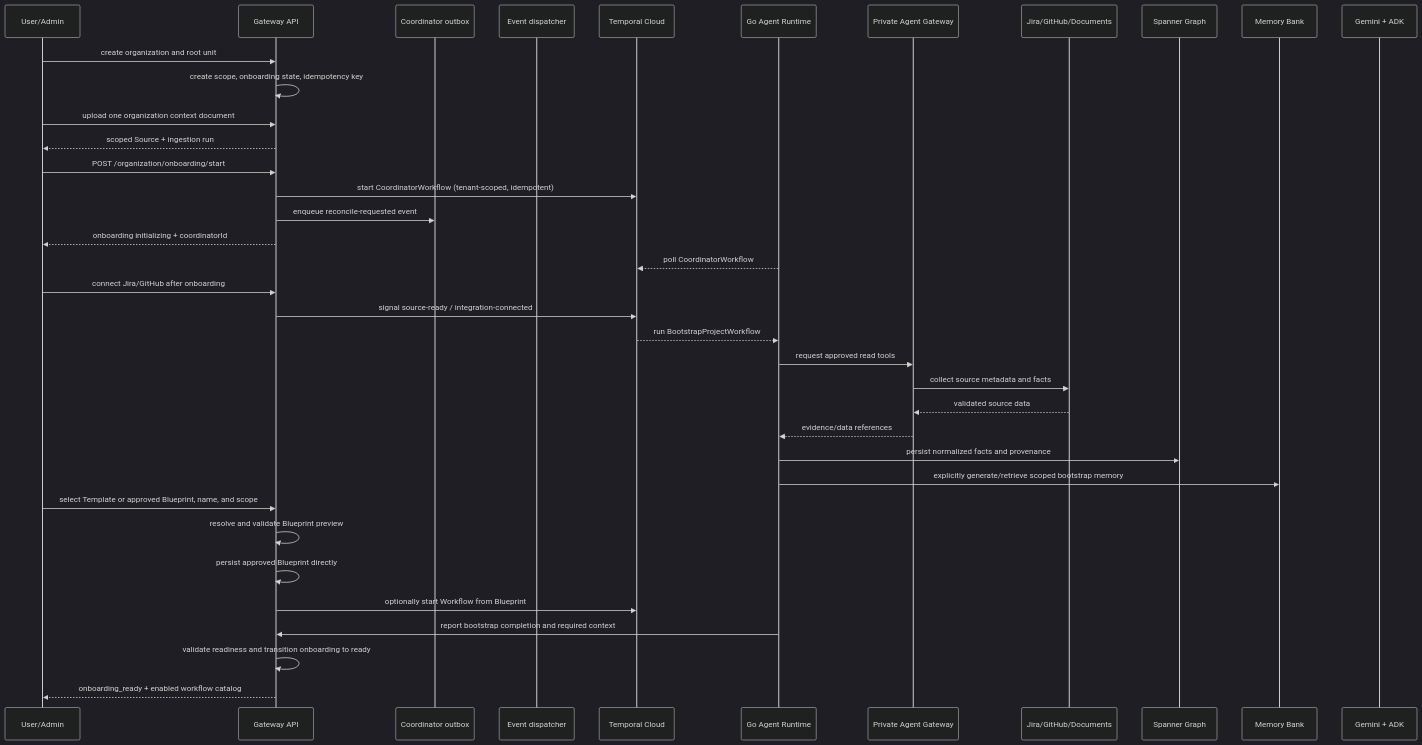
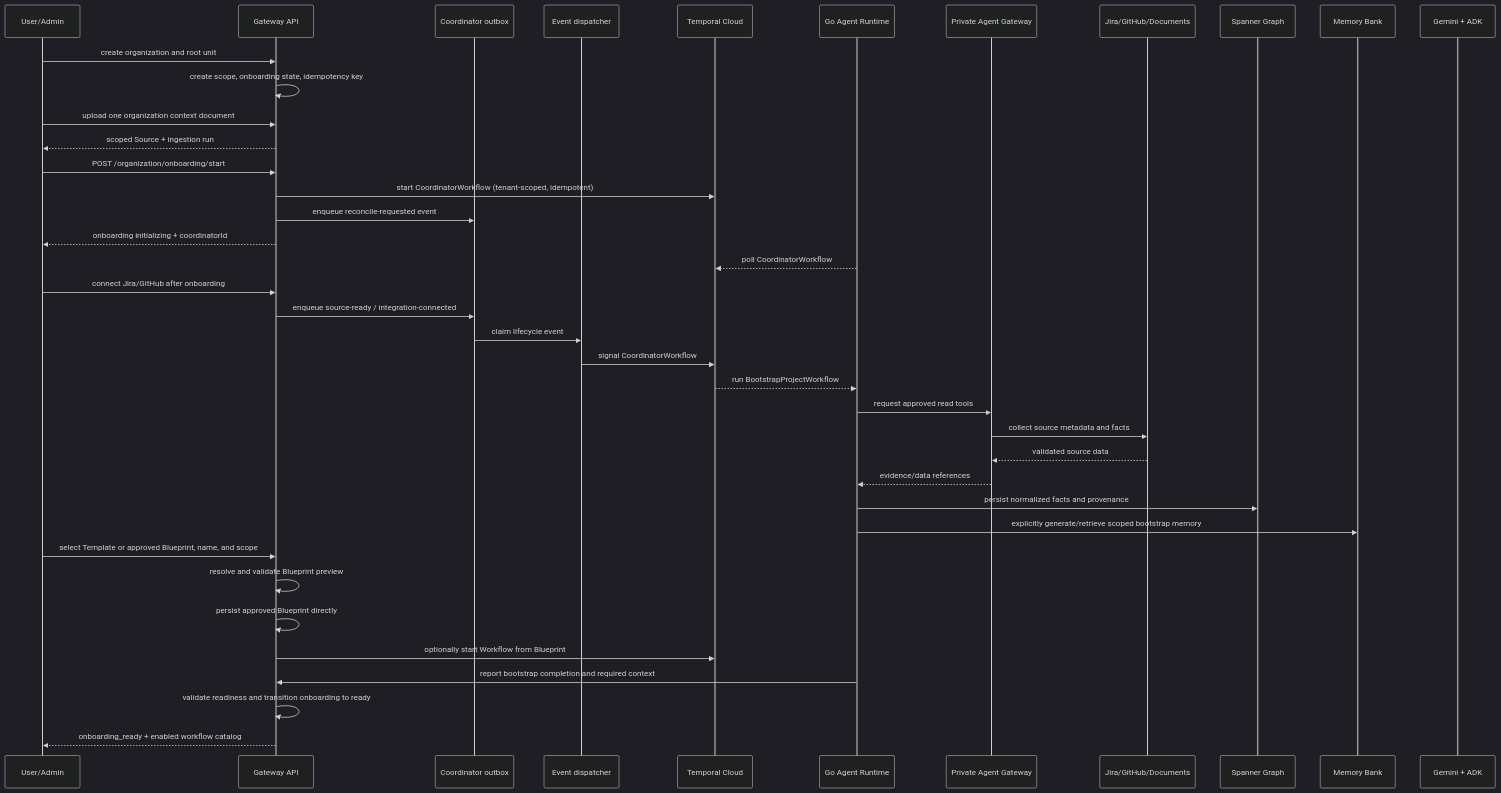
One commit to andriishupta/encois changed the second of 5 diagrams in docs/flows.md. Above: the diagram before and after it, drawn with Mermaid (dark theme). The commit also changed other lines of this file and 26 other files, not shown here.

````diff
--- a/docs/flows.md
+++ b/docs/flows.md
@@ -98,41 +98,43 @@
 ```mermaid
 sequenceDiagram
     participant User as User/Admin
     participant API as Gateway API
     participant Outbox as Coordinator outbox
     participant Dispatcher as Event dispatcher
     participant Temporal as Temporal Cloud
     participant Runtime as Go Agent Runtime
     participant AgentGW as Private Agent Gateway
     participant Sources as Jira/GitHub/Documents
     participant Graph as Spanner Graph
     participant Memory as Memory Bank
     participant Gemini as Gemini + ADK
 
     User->>API: create organization and root unit
     API->>API: create scope, onboarding state, idempotency key
     User->>API: upload one organization context document
     API-->>User: scoped Source + ingestion run
     User->>API: POST /organization/onboarding/start
     API->>Temporal: start CoordinatorWorkflow (tenant-scoped, idempotent)
     API->>Outbox: enqueue reconcile-requested event
     API-->>User: onboarding initializing + coordinatorId
     Runtime-->>Temporal: poll CoordinatorWorkflow
 
     User->>API: connect Jira/GitHub after onboarding
-    API->>Temporal: signal source-ready / integration-connected
+    API->>Outbox: enqueue source-ready / integration-connected
+    Outbox->>Dispatcher: claim lifecycle event
+    Dispatcher->>Temporal: signal CoordinatorWorkflow
     Temporal-->>Runtime: run BootstrapProjectWorkflow
     Runtime->>AgentGW: request approved read tools
     AgentGW->>Sources: collect source metadata and facts
     Sources-->>AgentGW: validated source data
     AgentGW-->>Runtime: evidence/data references
     Runtime->>Graph: persist normalized facts and provenance
     Runtime->>Memory: explicitly generate/retrieve scoped bootstrap memory
     User->>API: select Template or approved Blueprint, name, and scope
     API->>API: resolve and validate Blueprint preview
     API->>API: persist approved Blueprint directly
     API->>Temporal: optionally start Workflow from Blueprint
     Runtime->>API: report bootstrap completion and required context
     API->>API: validate readiness and transition onboarding to ready
     API-->>User: onboarding_ready + enabled workflow catalog
 ```
````
